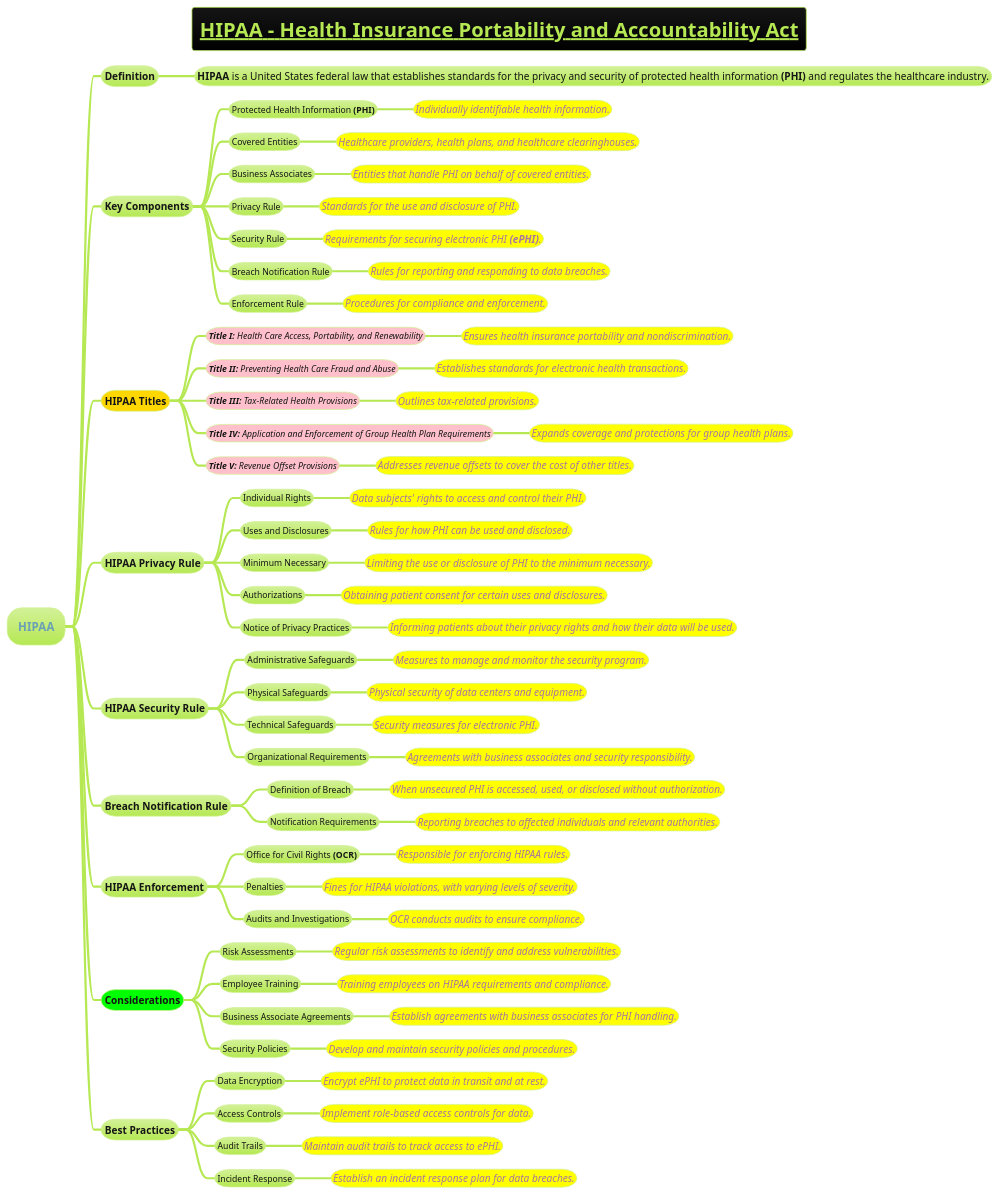
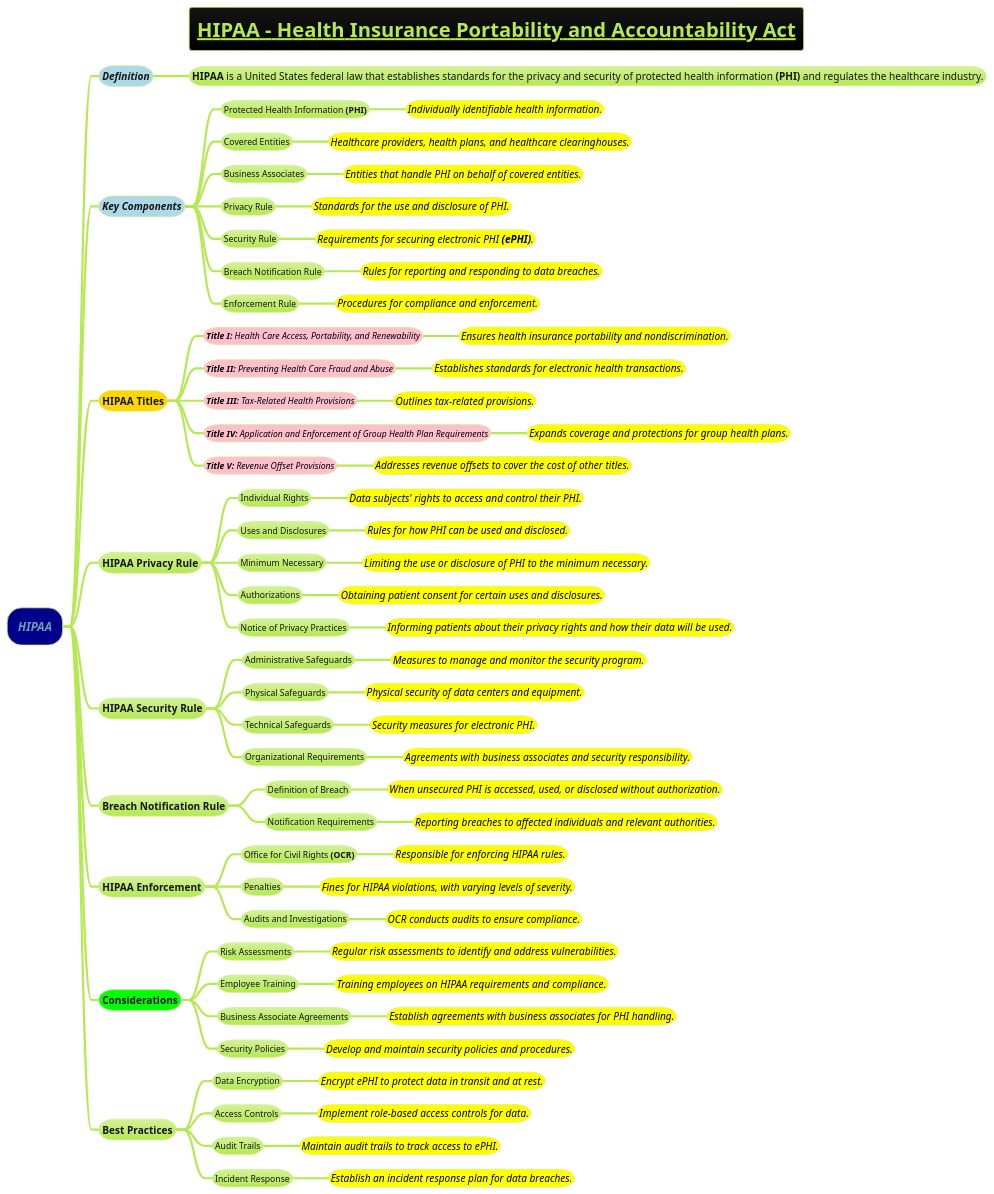
One commit to MehmoodHashmi/Documentation-as-Code-DaC changed the diagram in docs/AI-ML-DL-Data-Science-and-BigData/data-science/data-engineering/HIPAA.puml. Above: the diagram before and after it, drawn with PlantUML. The commit also changed 1 other file, not shown here.

```diff
--- a/docs/AI-ML-DL-Data-Science-and-BigData/data-science/data-engineering/HIPAA.puml
+++ b/docs/AI-ML-DL-Data-Science-and-BigData/data-science/data-engineering/HIPAA.puml
@@ -1,93 +1,93 @@
 @startmindmap
 title =__HIPAA - Health Insurance Portability and Accountability Act__
 !theme hacker
 
-* HIPAA
-** Definition
+*[#darkblue] <i>HIPAA
+**[#lightblue] <i>Definition
 *** <size:14>**HIPAA** is a United States federal law that establishes standards for the privacy and security of protected health information **(PHI)** and regulates the healthcare industry.
 
-** Key Components
+**[#lightblue] <i>Key Components
 *** Protected Health Information **(PHI)**
-****[#yellow] ====<size:14>Individually identifiable health information.
+****[#yellow] <color #black><i><size:14>Individually identifiable health information.
 *** Covered Entities
-****[#yellow] ====<size:14>Healthcare providers, health plans, and healthcare clearinghouses.
+****[#yellow] <color #black><i><size:14>Healthcare providers, health plans, and healthcare clearinghouses.
 *** Business Associates
-****[#yellow] ====<size:14>Entities that handle PHI on behalf of covered entities.
+****[#yellow] <color #black><i><size:14>Entities that handle PHI on behalf of covered entities.
 *** Privacy Rule
-****[#yellow] ====<size:14>Standards for the use and disclosure of PHI.
+****[#yellow] <color #black><i><size:14>Standards for the use and disclosure of PHI.
 *** Security Rule
-****[#yellow] ====<size:14>Requirements for securing electronic PHI **(ePHI)**.
+****[#yellow] <color #black><i><size:14>Requirements for securing electronic PHI **(ePHI)**.
 *** Breach Notification Rule
-****[#yellow] ====<size:14>Rules for reporting and responding to data breaches.
+****[#yellow] <color #black><i><size:14>Rules for reporting and responding to data breaches.
 *** Enforcement Rule
-****[#yellow] ====<size:14>Procedures for compliance and enforcement.
+****[#yellow] <color #black><i><size:14>Procedures for compliance and enforcement.
 
 **[#gold] HIPAA Titles
-***[#pink] ====**Title I:** Health Care Access, Portability, and Renewability
-****[#yellow] ====<size:14>Ensures health insurance portability and nondiscrimination.
-***[#pink] ====**Title II:** Preventing Health Care Fraud and Abuse
-****[#yellow] ====<size:14>Establishes standards for electronic health transactions.
-***[#pink] ====**Title III:** Tax-Related Health Provisions
-****[#yellow] ====<size:14>Outlines tax-related provisions.
-***[#pink] ====**Title IV:** Application and Enforcement of Group Health Plan Requirements
-****[#yellow] ====<size:14>Expands coverage and protections for group health plans.
-***[#pink] ====**Title V:** Revenue Offset Provisions
-****[#yellow] ====<size:14>Addresses revenue offsets to cover the cost of other titles.
+***[#pink] <color #black><i>**Title I:** Health Care Access, Portability, and Renewability
+****[#yellow] <color #black><i><size:14>Ensures health insurance portability and nondiscrimination.
+***[#pink] <color #black><i>**Title II:** Preventing Health Care Fraud and Abuse
+****[#yellow] <color #black><i><size:14>Establishes standards for electronic health transactions.
+***[#pink] <color #black><i>**Title III:** Tax-Related Health Provisions
+****[#yellow] <color #black><i><size:14>Outlines tax-related provisions.
+***[#pink] <color #black><i>**Title IV:** Application and Enforcement of Group Health Plan Requirements
+****[#yellow] <color #black><i><size:14>Expands coverage and protections for group health plans.
+***[#pink] <color #black><i>**Title V:** Revenue Offset Provisions
+****[#yellow] <color #black><i><size:14>Addresses revenue offsets to cover the cost of other titles.
 
 ** HIPAA Privacy Rule
 *** Individual Rights
-****[#yellow] ====<size:14>Data subjects' rights to access and control their PHI.
+****[#yellow] <color #black><i><size:14>Data subjects' rights to access and control their PHI.
 *** Uses and Disclosures
-****[#yellow] ====<size:14>Rules for how PHI can be used and disclosed.
+****[#yellow] <color #black><i><size:14>Rules for how PHI can be used and disclosed.
 *** Minimum Necessary
-****[#yellow] ====<size:14>Limiting the use or disclosure of PHI to the minimum necessary.
+****[#yellow] <color #black><i><size:14>Limiting the use or disclosure of PHI to the minimum necessary.
 *** Authorizations
-****[#yellow] ====<size:14>Obtaining patient consent for certain uses and disclosures.
+****[#yellow] <color #black><i><size:14>Obtaining patient consent for certain uses and disclosures.
 *** Notice of Privacy Practices
-****[#yellow] ====<size:14>Informing patients about their privacy rights and how their data will be used.
+****[#yellow] <color #black><i><size:14>Informing patients about their privacy rights and how their data will be used.
 
 ** HIPAA Security Rule
 *** Administrative Safeguards
-****[#yellow] ====<size:14>Measures to manage and monitor the security program.
+****[#yellow] <color #black><i><size:14>Measures to manage and monitor the security program.
 *** Physical Safeguards
-****[#yellow] ====<size:14>Physical security of data centers and equipment.
+****[#yellow] <color #black><i><size:14>Physical security of data centers and equipment.
 *** Technical Safeguards
-****[#yellow] ====<size:14>Security measures for electronic PHI.
+****[#yellow] <color #black><i><size:14>Security measures for electronic PHI.
 *** Organizational Requirements
-****[#yellow] ====<size:14>Agreements with business associates and security responsibility.
+****[#yellow] <color #black><i><size:14>Agreements with business associates and security responsibility.
 
 ** Breach Notification Rule
 *** Definition of Breach
-****[#yellow] ====<size:14>When unsecured PHI is accessed, used, or disclosed without authorization.
+****[#yellow] <color #black><i><size:14>When unsecured PHI is accessed, used, or disclosed without authorization.
 *** Notification Requirements
-****[#yellow] ====<size:14>Reporting breaches to affected individuals and relevant authorities.
+****[#yellow] <color #black><i><size:14>Reporting breaches to affected individuals and relevant authorities.
 
 ** HIPAA Enforcement
 *** Office for Civil Rights **(OCR)**
-****[#yellow] ====<size:14>Responsible for enforcing HIPAA rules.
+****[#yellow] <color #black><i><size:14>Responsible for enforcing HIPAA rules.
 *** Penalties
-****[#yellow] ====<size:14>Fines for HIPAA violations, with varying levels of severity.
+****[#yellow] <color #black><i><size:14>Fines for HIPAA violations, with varying levels of severity.
 *** Audits and Investigations
-****[#yellow] ====<size:14>OCR conducts audits to ensure compliance.
+****[#yellow] <color #black><i><size:14>OCR conducts audits to ensure compliance.
 
 **[#lime] Considerations
 *** Risk Assessments
-****[#yellow] ====<size:14>Regular risk assessments to identify and address vulnerabilities.
+****[#yellow] <color #black><i><size:14>Regular risk assessments to identify and address vulnerabilities.
 *** Employee Training
-****[#yellow] ====<size:14>Training employees on HIPAA requirements and compliance.
+****[#yellow] <color #black><i><size:14>Training employees on HIPAA requirements and compliance.
 *** Business Associate Agreements
-****[#yellow] ====<size:14>Establish agreements with business associates for PHI handling.
+****[#yellow] <color #black><i><size:14>Establish agreements with business associates for PHI handling.
 *** Security Policies
-****[#yellow] ====<size:14>Develop and maintain security policies and procedures.
+****[#yellow] <color #black><i><size:14>Develop and maintain security policies and procedures.
 
 ** Best Practices
 *** Data Encryption
-****[#yellow] ====<size:14>Encrypt ePHI to protect data in transit and at rest.
+****[#yellow] <color #black><i><size:14>Encrypt ePHI to protect data in transit and at rest.
 *** Access Controls
-****[#yellow] ====<size:14>Implement role-based access controls for data.
+****[#yellow] <color #black><i><size:14>Implement role-based access controls for data.
 *** Audit Trails
-****[#yellow] ====<size:14>Maintain audit trails to track access to ePHI.
+****[#yellow] <color #black><i><size:14>Maintain audit trails to track access to ePHI.
 *** Incident Response
-****[#yellow] ====<size:14>Establish an incident response plan for data breaches.
+****[#yellow] <color #black><i><size:14>Establish an incident response plan for data breaches.
 
 @endmindmap
```
